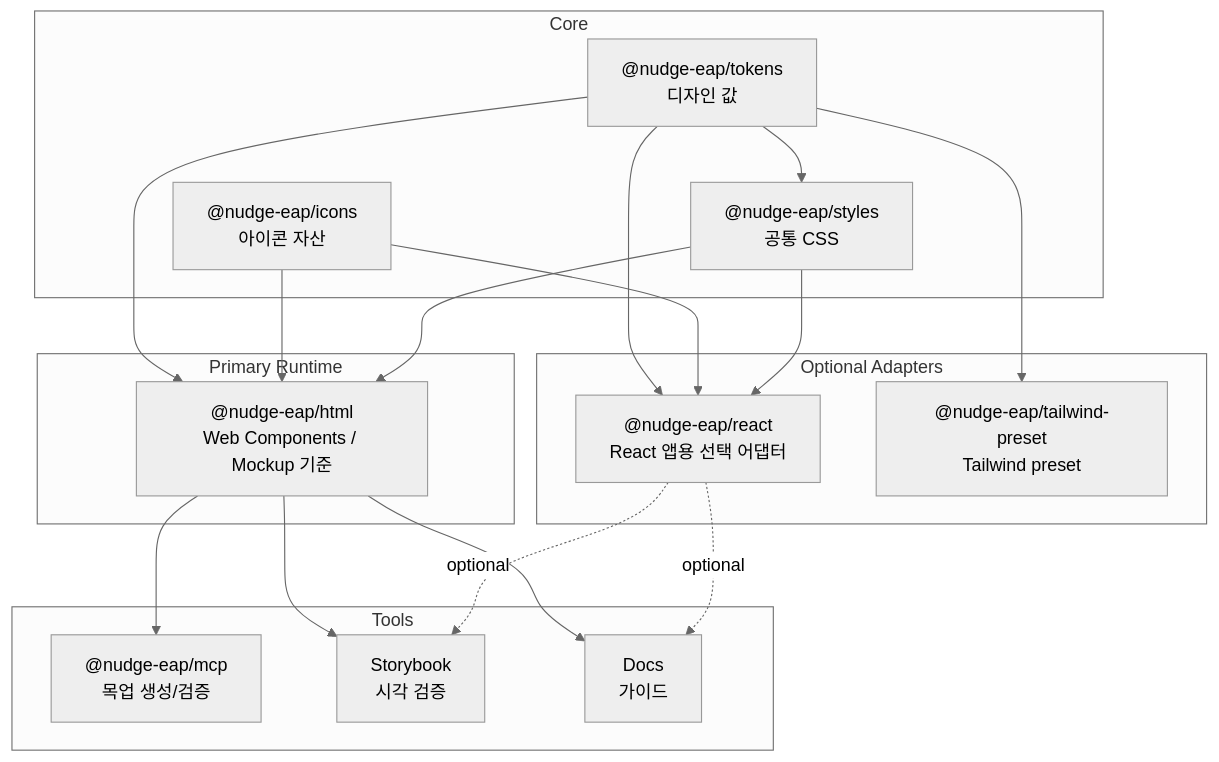
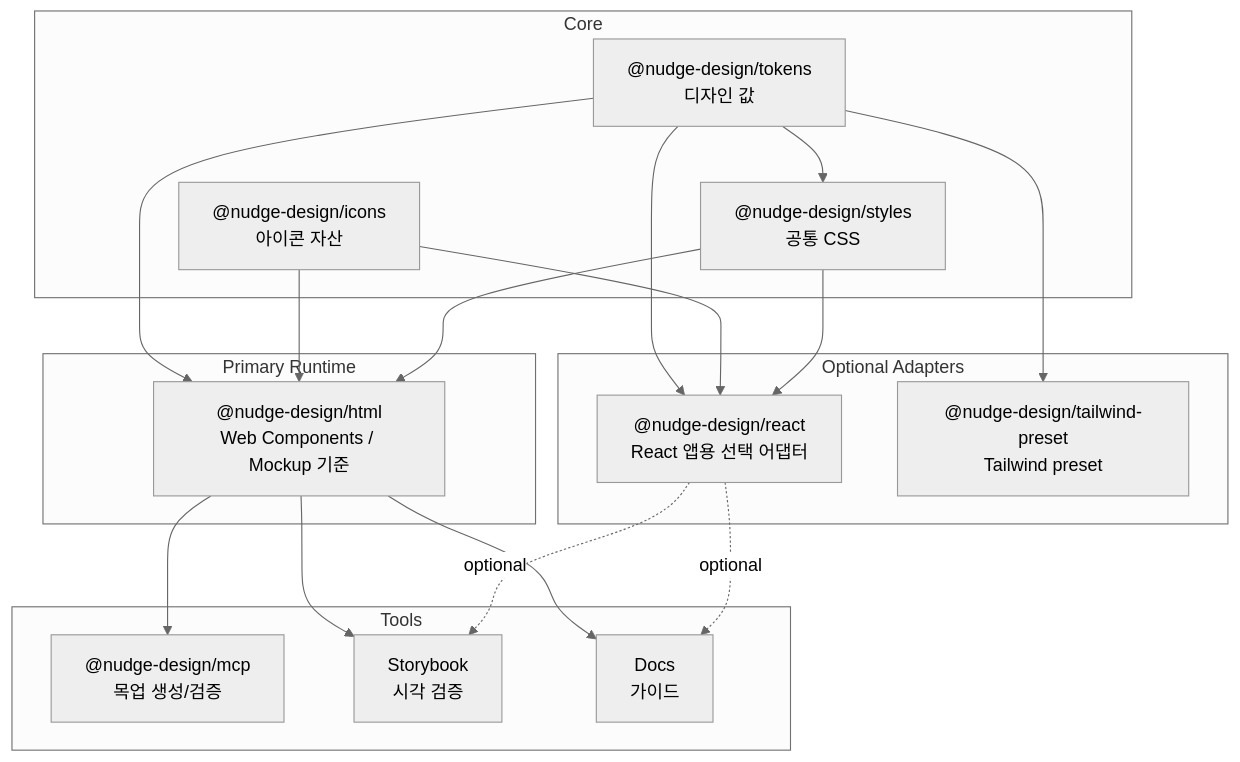
The diagram in docs/STYLING_STRUCTURE_GUIDE.md (ios-nous178/NDS_Project), drawn with Mermaid (neutral theme) before and after one commit. The commit also changed other lines of this file and 4462 other files, not shown here.

First line of the commit message:
feat: @nudge-design 리브랜드 + 0.0.1 재출발 + DS 정비

````diff
--- a/docs/STYLING_STRUCTURE_GUIDE.md
+++ b/docs/STYLING_STRUCTURE_GUIDE.md
@@ -23,39 +23,39 @@
 ```mermaid
 flowchart TB
   subgraph Core["Core"]
-    Tokens["@nudge-eap/tokens\n디자인 값"]
-    Icons["@nudge-eap/icons\n아이콘 자산"]
-    Styles["@nudge-eap/styles\n공통 CSS"]
+    Tokens["@nudge-design/tokens\n디자인 값"]
+    Icons["@nudge-design/icons\n아이콘 자산"]
+    Styles["@nudge-design/styles\n공통 CSS"]
   end
 
   subgraph Runtime["Primary Runtime"]
-    Html["@nudge-eap/html\nWeb Components / Mockup 기준"]
+    Html["@nudge-design/html\nWeb Components / Mockup 기준"]
   end
 
   subgraph Optional["Optional Adapters"]
-    React["@nudge-eap/react\nReact 앱용 선택 어댑터"]
-    Tailwind["@nudge-eap/tailwind-preset\nTailwind preset"]
+    React["@nudge-design/react\nReact 앱용 선택 어댑터"]
+    Tailwind["@nudge-design/tailwind-preset\nTailwind preset"]
   end
 
   subgraph Tools["Tools"]
-    MCP["@nudge-eap/mcp\n목업 생성/검증"]
+    MCP["@nudge-design/mcp\n목업 생성/검증"]
     Storybook["Storybook\n시각 검증"]
     Docs["Docs\n가이드"]
   end
 
   Tokens --> Styles
   Tokens --> Html
   Icons --> Html
   Styles --> Html
 
   Tokens --> React
   Icons --> React
   Styles --> React
   Tokens --> Tailwind
 
   Html --> MCP
   Html --> Storybook
   Html --> Docs
   React -. optional .-> Storybook
   React -. optional .-> Docs
 ```
````
